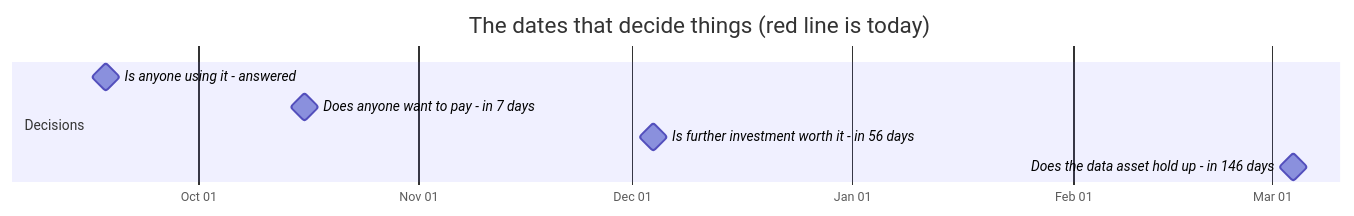
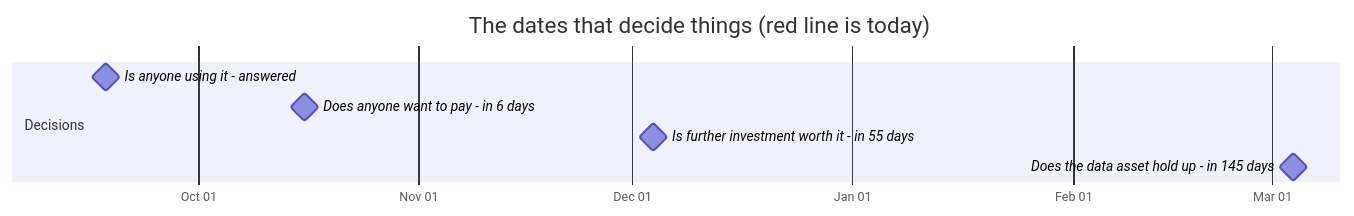
One commit to jakegu1/vetagent changed the first of 2 diagrams in docs/OWNER.md. Above: the diagram before and after it, drawn with Mermaid. The commit also changed other lines of this file and 1 other file, not shown here.

````diff
--- a/docs/OWNER.md
+++ b/docs/OWNER.md
@@ -76,12 +76,12 @@
 ```mermaid
 gantt
     dateFormat YYYY-MM-DD
     axisFormat %b %d
     todayMarker stroke-width:3px,stroke:#d33,stroke-dasharray:0
     title The dates that decide things (red line is today)
     section Decisions
     Is anyone using it - answered :milestone, 2026-09-18, 0d
-    Does anyone want to pay - in 7 days :milestone, 2026-10-16, 0d
-    Is further investment worth it - in 56 days :milestone, 2026-12-04, 0d
-    Does the data asset hold up - in 146 days :milestone, 2027-03-04, 0d
+    Does anyone want to pay - in 6 days :milestone, 2026-10-16, 0d
+    Is further investment worth it - in 55 days :milestone, 2026-12-04, 0d
+    Does the data asset hold up - in 145 days :milestone, 2027-03-04, 0d
 ```
````
